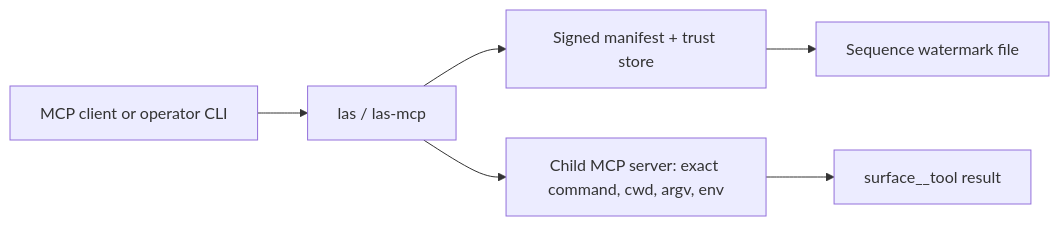
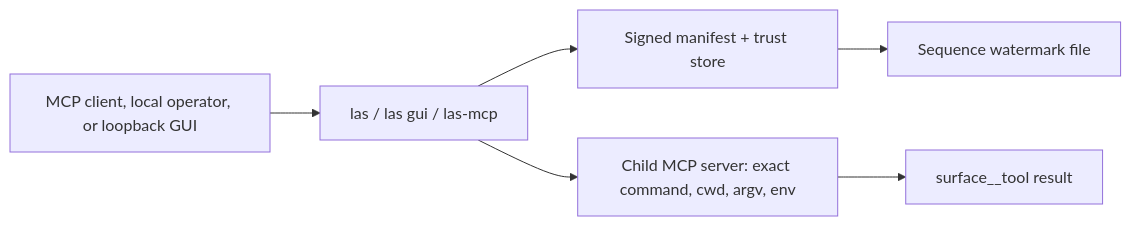
One commit to wisent-ai/las changed the diagram in README.md. Above: the diagram before and after it, drawn with Mermaid. The commit also changed other lines of this file and 8 other files, not shown here.

Commit message:
Add graphical catalog adoption workspace

````diff
--- a/README.md
+++ b/README.md
@@ -177,8 +180,8 @@
 ```mermaid
 flowchart LR
-    Client["MCP client or operator CLI"] --> Las["las / las-mcp"]
+    Client["MCP client, local operator, or loopback GUI"] --> Las["las / las gui / las-mcp"]
     Las --> Verify["Signed manifest + trust store"]
     Verify --> Watermark["Sequence watermark file"]
     Las --> Child["Child MCP server: exact command, cwd, argv, env"]
     Child --> Result["surface__tool result"]
 ```
````
